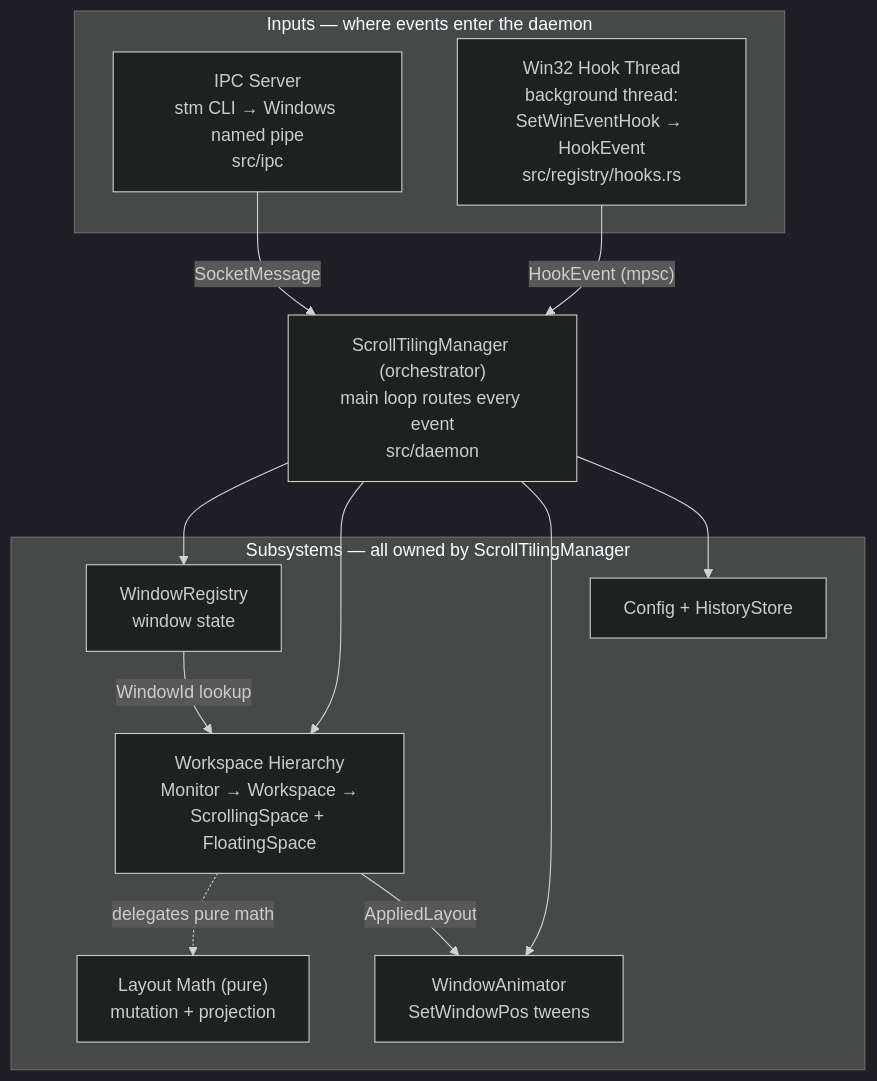
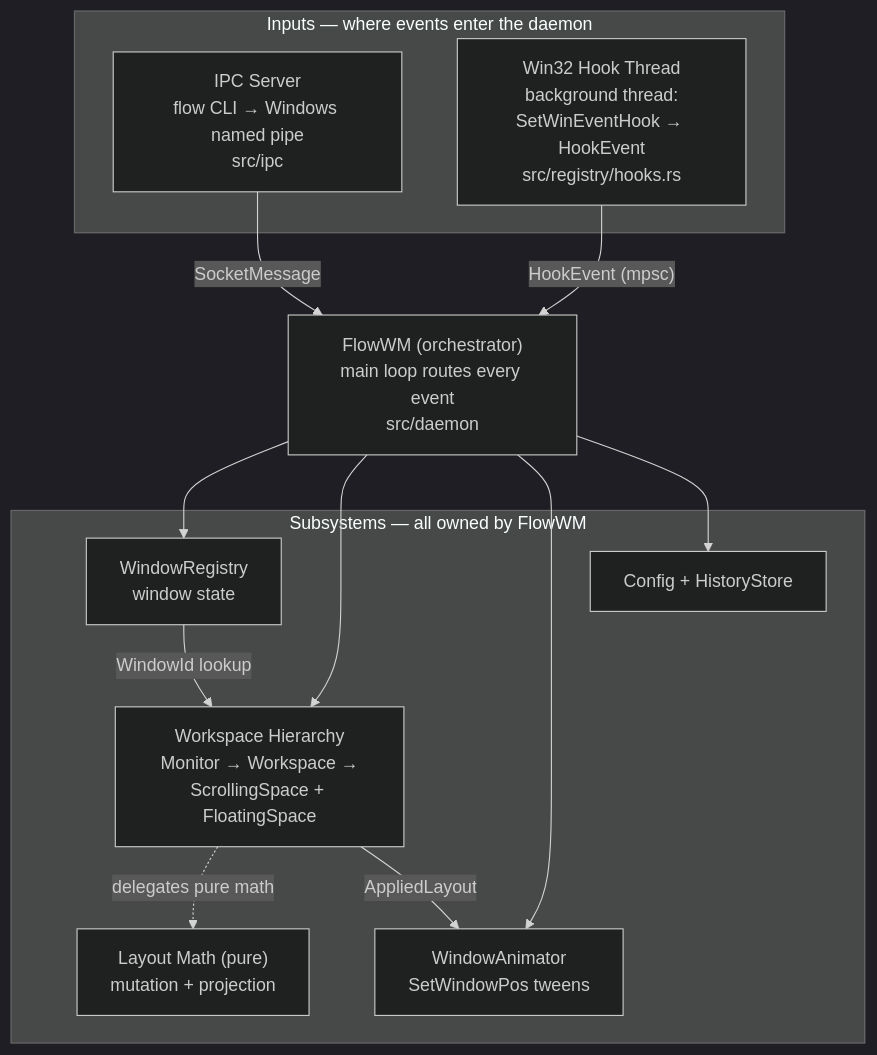
The first of 3 diagrams in docs/src/dev-guide/architecture.md (CCpcalvin/flow-wm), drawn with Mermaid (dark theme) before and after one commit. The commit also changed other lines of this file and 108 other files, not shown here.

Commit message:
refactor: rename project from scrolling-tiling-manager to flow-wm

````diff
--- a/docs/src/dev-guide/architecture.md
+++ b/docs/src/dev-guide/architecture.md
@@ -31,27 +31,27 @@
 ```mermaid
 flowchart TB
     subgraph inputs["Inputs — where events enter the daemon"]
-        IPC["IPC Server<br/>stm CLI → Windows named pipe<br/>src/ipc"]
+        IPC["IPC Server<br/>flow CLI → Windows named pipe<br/>src/ipc"]
         Hook["Win32 Hook Thread<br/>background thread:<br/>SetWinEventHook → HookEvent<br/>src/registry/hooks.rs"]
     end
 
-    Daemon["ScrollTilingManager (orchestrator)<br/>main loop routes every event<br/>src/daemon"]
+    Daemon["FlowWM (orchestrator)<br/>main loop routes every event<br/>src/daemon"]
 
-    subgraph core["Subsystems — all owned by ScrollTilingManager"]
+    subgraph core["Subsystems — all owned by FlowWM"]
         Registry["WindowRegistry<br/>window state"]
         Workspace["Workspace Hierarchy<br/>Monitor → Workspace →<br/>ScrollingSpace + FloatingSpace"]
         Layout["Layout Math (pure)<br/>mutation + projection"]
         Animator["WindowAnimator<br/>SetWindowPos tweens"]
         Config["Config + HistoryStore"]
     end
 
     IPC  -- "SocketMessage" --> Daemon
     Hook -- "HookEvent (mpsc)" --> Daemon
     Daemon --> Registry
     Daemon --> Workspace
     Daemon --> Animator
     Daemon --> Config
     Registry -- "WindowId lookup" --> Workspace
     Workspace -. "delegates pure math" .-> Layout
     Workspace -- "AppliedLayout" --> Animator
 ```
````
